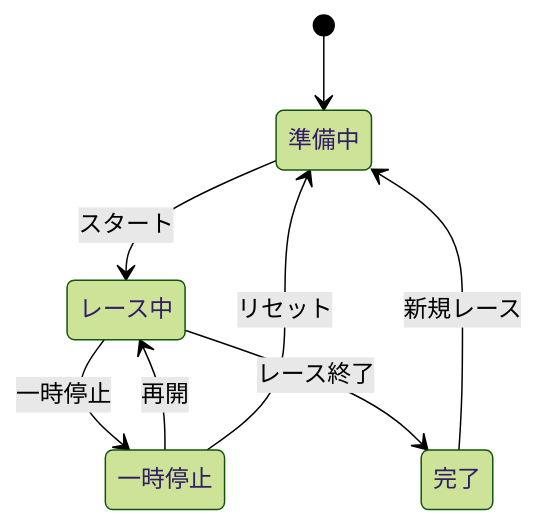
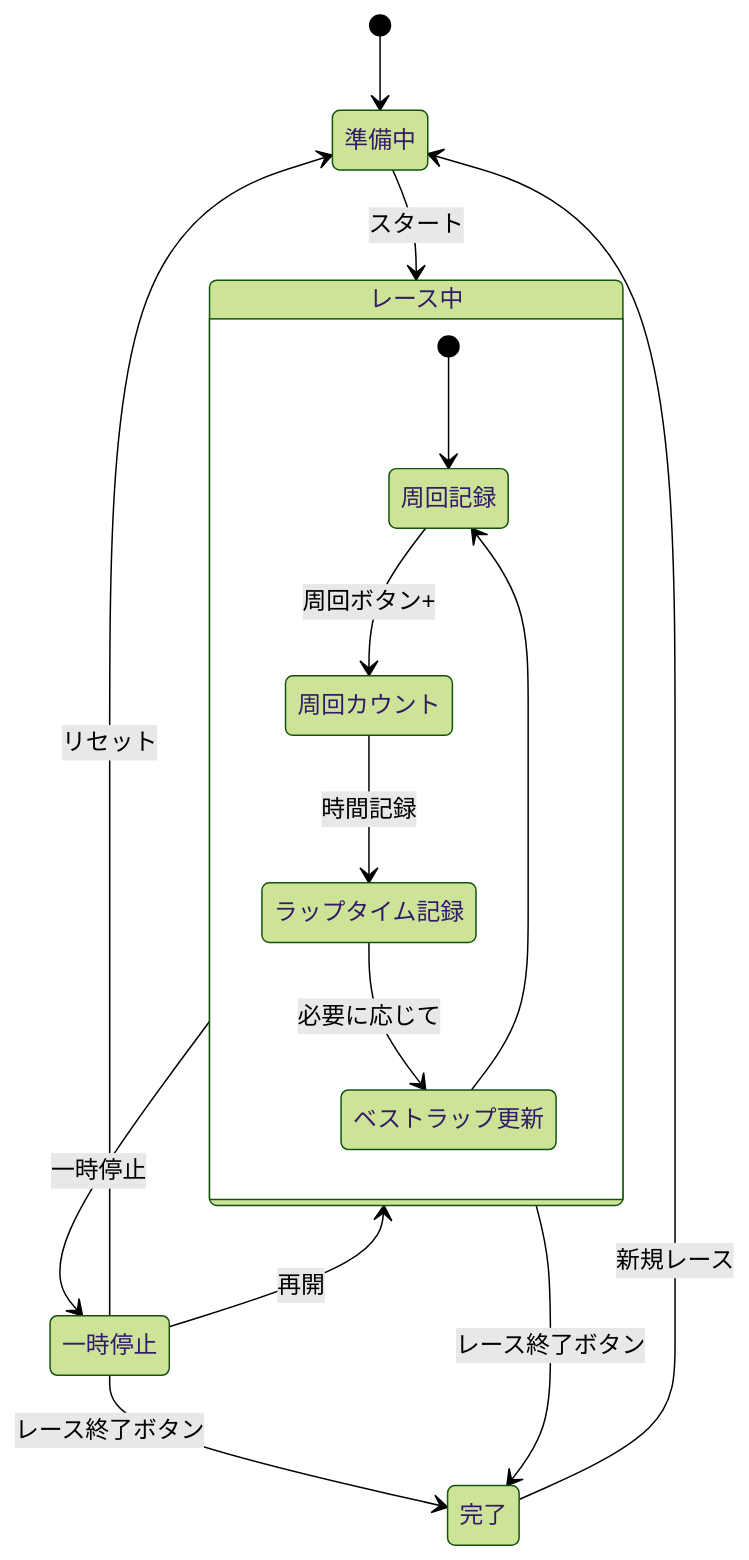
The third of 8 diagrams in README.md (YakiFrog/yonku-counter-ui), drawn with Mermaid (forest theme) before and after one commit. The commit also changed other lines of this file and 3 other files, not shown here.

````diff
--- a/README.md
+++ b/README.md
@@ -102,10 +247,19 @@
 ```mermaid
 stateDiagram-v2
     [*] --> 準備中
     準備中 --> レース中: スタート
     レース中 --> 一時停止: 一時停止
     一時停止 --> レース中: 再開
-    レース中 --> 完了: レース終了
+    レース中 --> 完了: レース終了ボタン
     一時停止 --> 準備中: リセット
+    一時停止 --> 完了: レース終了ボタン
     完了 --> 準備中: 新規レース
+    
+    state レース中 {
+        [*] --> 周回記録
+        周回記録 --> 周回カウント: 周回ボタン+
+        周回カウント --> ラップタイム記録: 時間記録
+        ラップタイム記録 --> ベストラップ更新: 必要に応じて
+        ベストラップ更新 --> 周回記録
+    }
 ```
````
